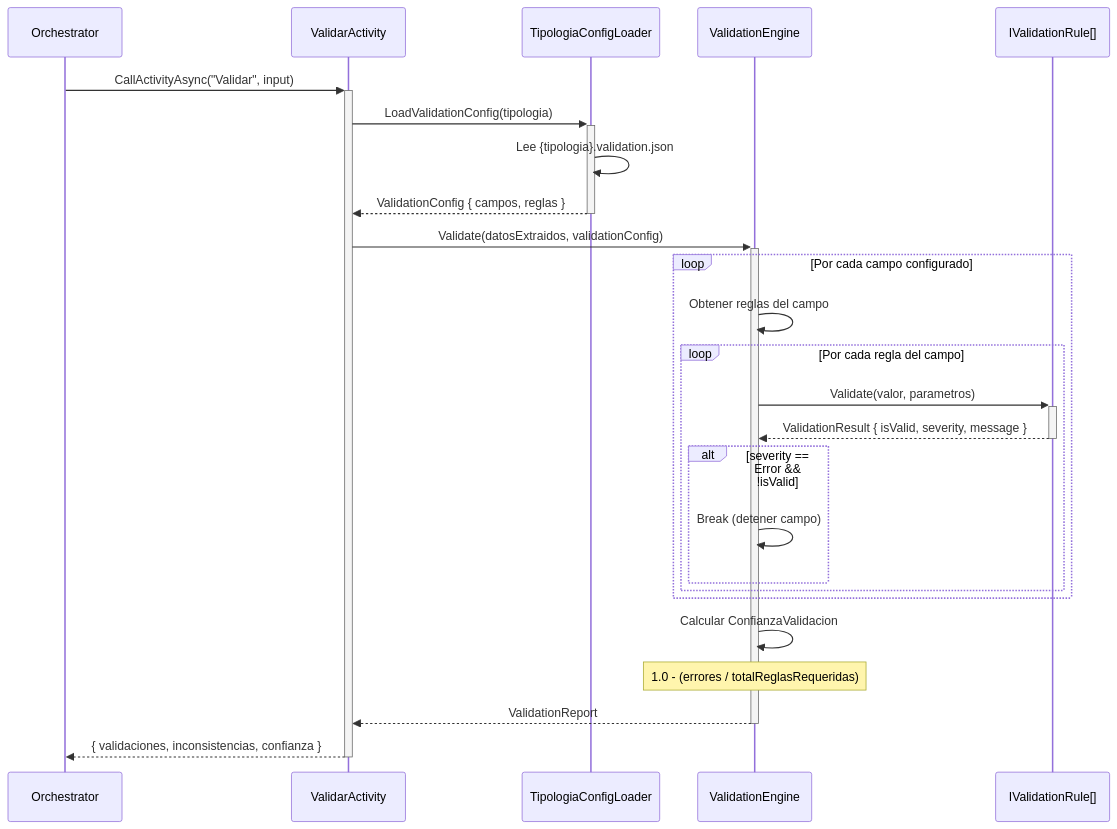
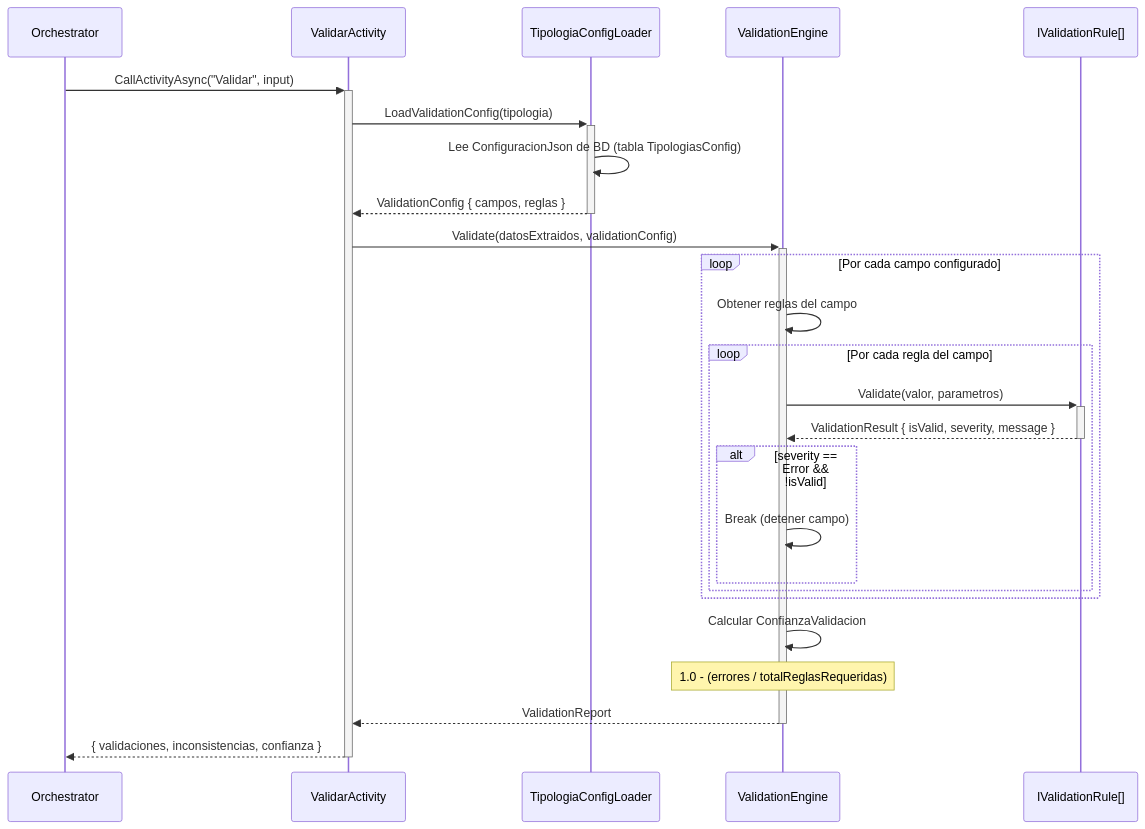
One commit to nvcrisologo02/AI-DocClassExt changed the third of 10 diagrams in docs/03_DISENO_TECNICO_DETALLADO.md. Above: the diagram before and after it, drawn with Mermaid. The commit also changed other lines of this file and 43 other files, not shown here.

````diff
--- a/docs/03_DISENO_TECNICO_DETALLADO.md
+++ b/docs/03_DISENO_TECNICO_DETALLADO.md
@@ -194,32 +194,32 @@
 ```mermaid
 sequenceDiagram
     participant O as Orchestrator
     participant VA as ValidarActivity
     participant TCL as TipologiaConfigLoader
     participant VE as ValidationEngine
     participant VR as IValidationRule[]
 
     O->>+VA: CallActivityAsync("Validar", input)
     VA->>+TCL: LoadValidationConfig(tipologia)
-    TCL->>TCL: Lee {tipologia}.validation.json
+    TCL->>TCL: Lee ConfiguracionJson de BD (tabla TipologiasConfig)
     TCL-->>-VA: ValidationConfig { campos, reglas }
 
     VA->>+VE: Validate(datosExtraidos, validationConfig)
 
     loop Por cada campo configurado
         VE->>VE: Obtener reglas del campo
         loop Por cada regla del campo
             VE->>+VR: Validate(valor, parametros)
             VR-->>-VE: ValidationResult { isValid, severity, message }
             alt severity == Error && !isValid
                 VE->>VE: Break (detener campo)
             end
         end
     end
 
     VE->>VE: Calcular ConfianzaValidacion
     Note over VE: 1.0 - (errores / totalReglasRequeridas)
 
     VE-->>-VA: ValidationReport
     VA-->>-O: { validaciones, inconsistencias, confianza }
 ```
````
